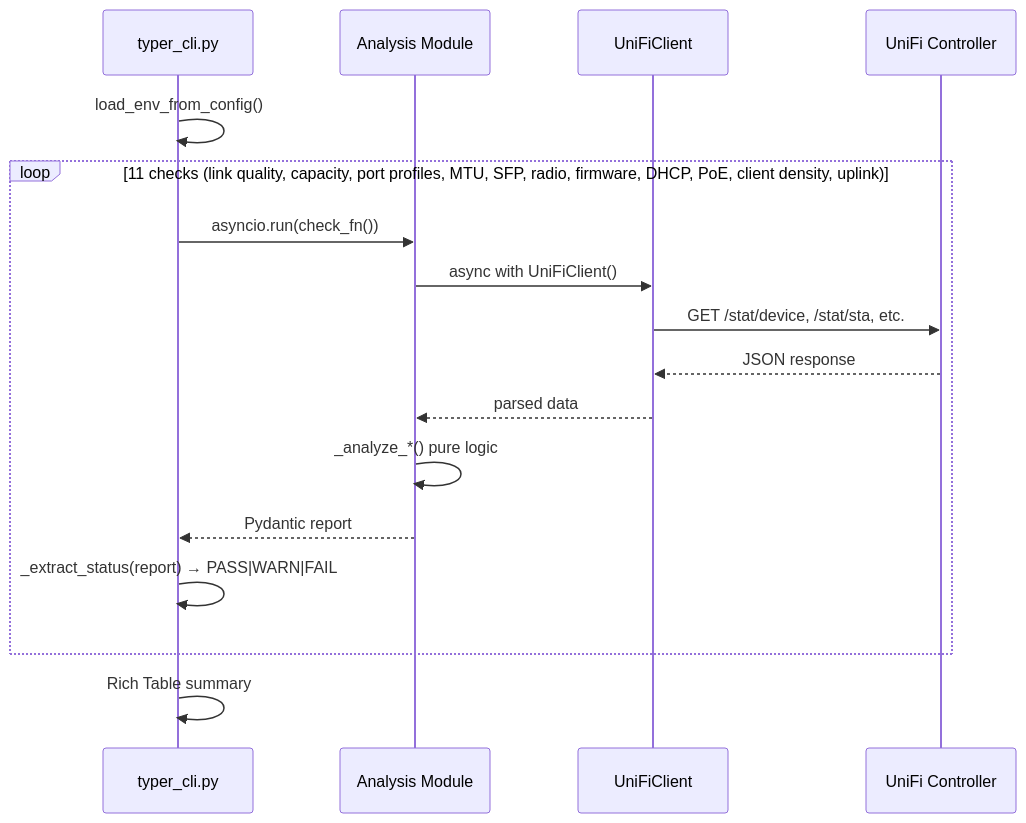
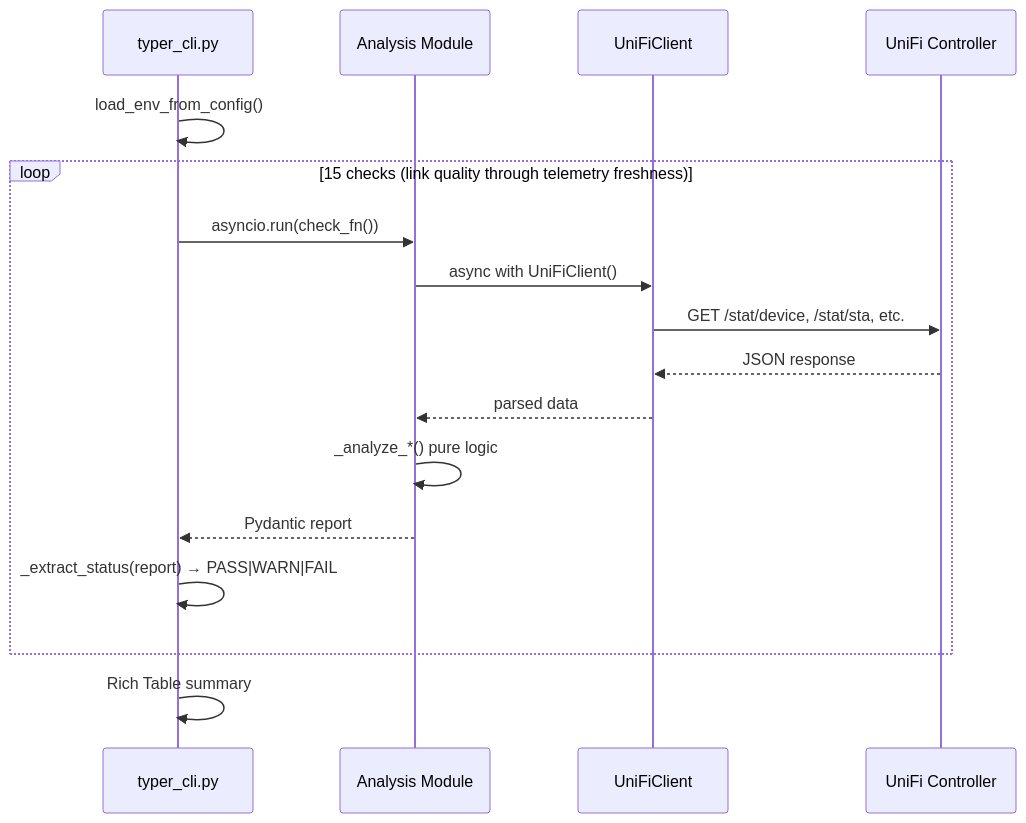
One commit to NetDevAutomate/unifi_management_cli changed diagram 19 of 21 in docs/architecture/architecture-overview.md. Above: the diagram before and after it, drawn with Mermaid. The commit also changed other lines of this file and 2 other files, not shown here.

First line of the commit message:
docs(architecture): refresh the C4 and overview docs

````diff
--- a/docs/architecture/architecture-overview.md
+++ b/docs/architecture/architecture-overview.md
@@ -1239,22 +1227,22 @@
 ```mermaid
 sequenceDiagram
     participant CLI as typer_cli.py
     participant CHECK as Analysis Module
     participant UC as UniFiClient
     participant API as UniFi Controller
 
     CLI->>CLI: load_env_from_config()
 
-    loop 11 checks (link quality, capacity, port profiles, MTU, SFP, radio, firmware, DHCP, PoE, client density, uplink)
+    loop 15 checks (link quality through telemetry freshness)
         CLI->>CHECK: asyncio.run(check_fn())
         CHECK->>UC: async with UniFiClient()
         UC->>API: GET /stat/device, /stat/sta, etc.
         API-->>UC: JSON response
         UC-->>CHECK: parsed data
         CHECK->>CHECK: _analyze_*() pure logic
         CHECK-->>CLI: Pydantic report
         CLI->>CLI: _extract_status(report) → PASS|WARN|FAIL
     end
 
     CLI->>CLI: Rich Table summary
 ```
````
